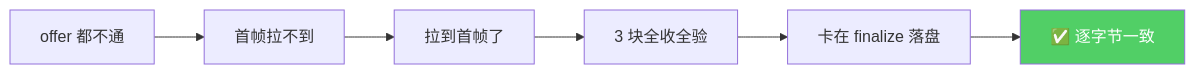
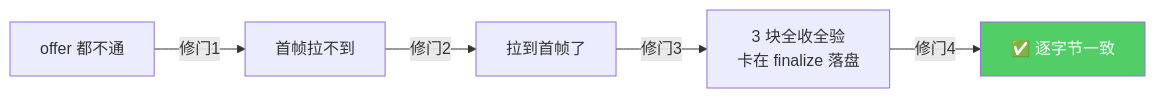
Before and after one commit to swarm-apps/SwarmDrop: the second of 2 diagrams in dev-notes/blogs/wasm-debugging/00-the-symptom.md, drawn with Mermaid. The commit also changed other lines of this file and 12 other files, not shown here.

````diff
--- a/dev-notes/blogs/wasm-debugging/00-the-symptom.md
+++ b/dev-notes/blogs/wasm-debugging/00-the-symptom.md
@@ -67,9 +67,8 @@
 ```mermaid
 graph LR
-    S0["offer 都不通"] --> S1["首帧拉不到"]
-    S1 --> S2["拉到首帧了"]
-    S2 --> S3["3 块全收全验"]
-    S3 --> S4["卡在 finalize 落盘"]
-    S4 --> S5["✅ 逐字节一致"]
+    S0["offer 都不通"] -->|修门1| S1["首帧拉不到"]
+    S1 -->|修门2| S2["拉到首帧了"]
+    S2 -->|修门3| S3["3 块全收全验<br/>卡在 finalize 落盘"]
+    S3 -->|修门4| S5["✅ 逐字节一致"]
     style S5 fill:#51cf66,color:#fff
 ```
````
